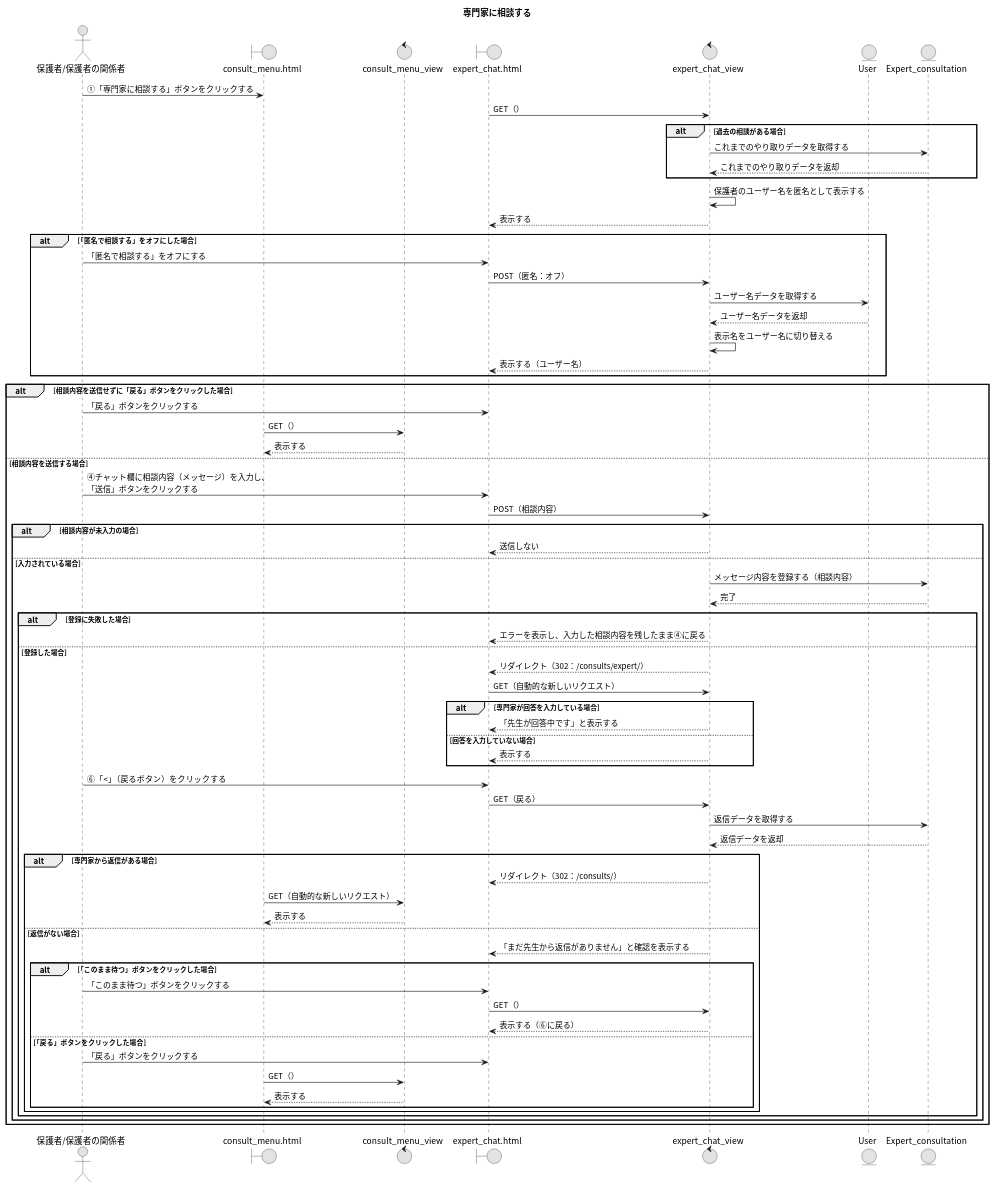
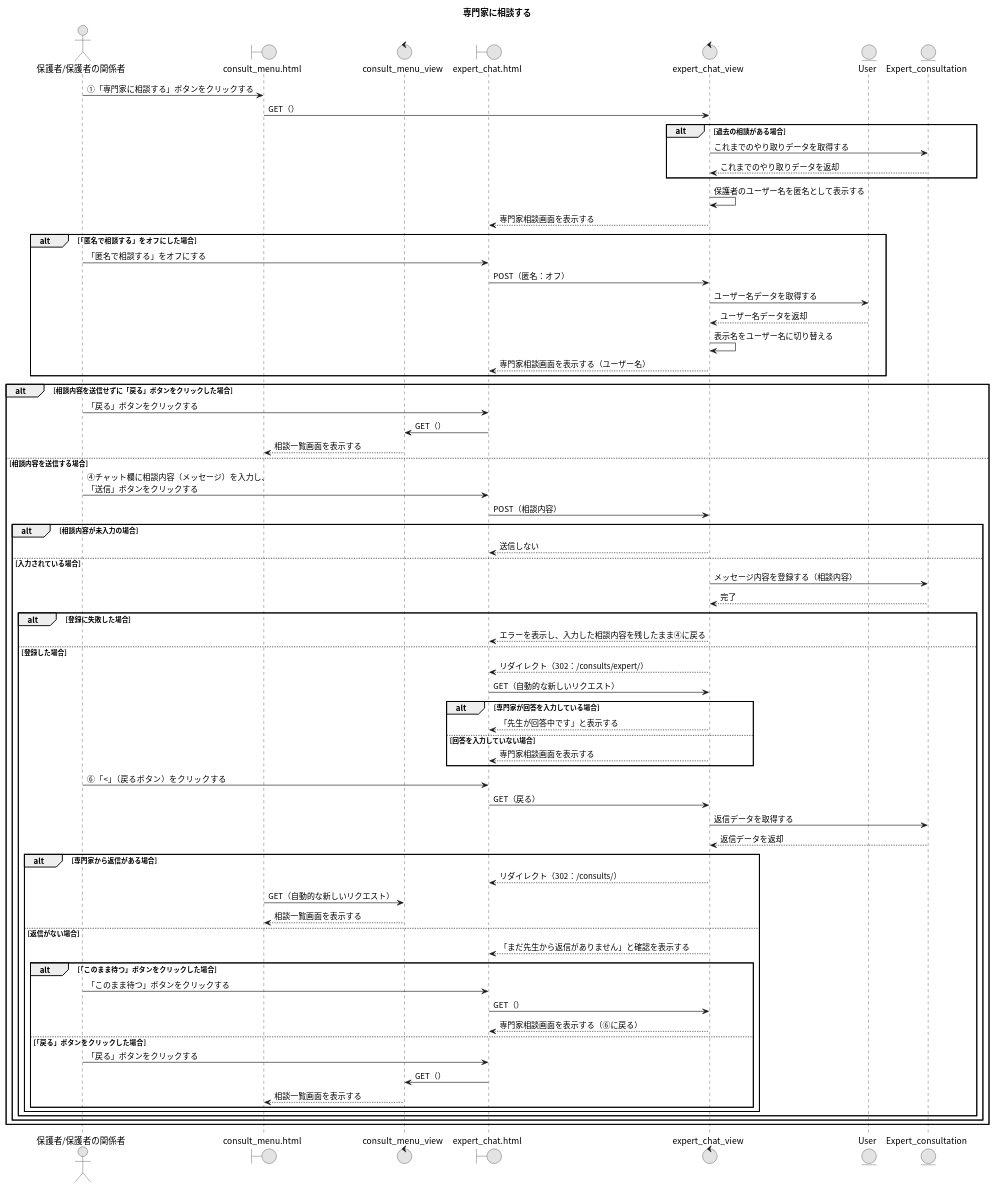
Before and after one commit to Ma2naga190330/26_sotugyou_puml: the diagram in 10_専門家に相談する.puml, drawn with PlantUML. The commit also changed 5 other files, not shown here.

```diff
--- a/10_専門家に相談する.puml
+++ b/10_専門家に相談する.puml
@@ -1,78 +1,84 @@
 @startuml
 title 専門家に相談する
 skinparam defaultFontName "Noto Sans CJK JP"
 skinparam monochrome true
 
 actor "保護者/保護者の関係者" as A
+' 相談一覧画面
 boundary "consult_menu.html" as CMP
+' 相談一覧（V）
 control "consult_menu_view" as CMV
+' 専門家相談画面
 boundary "expert_chat.html" as ECP
+' 専門家相談（V）
 control "expert_chat_view" as ECV
+' 利用者（DB）
 entity "User" as UM
+' 専門家相談（DB）
 entity "Expert_consultation" as ECSM
 
 A -> CMP : ①「専門家に相談する」ボタンをクリックする
-ECP -> ECV : GET（）
+CMP -> ECV : GET（）
 alt 過去の相談がある場合
   ECV -> ECSM : これまでのやり取りデータを取得する
   ECV <-- ECSM : これまでのやり取りデータを返却
 end
 ECV -> ECV : 保護者のユーザー名を匿名として表示する
-ECV --> ECP : 表示する
+ECV --> ECP : 専門家相談画面を表示する
 
 alt 「匿名で相談する」をオフにした場合
   A -> ECP : 「匿名で相談する」をオフにする
   ECP -> ECV : POST（匿名：オフ）
   ECV -> UM : ユーザー名データを取得する
   ECV <-- UM : ユーザー名データを返却
   ECV -> ECV : 表示名をユーザー名に切り替える
-  ECV --> ECP : 表示する（ユーザー名）
+  ECV --> ECP : 専門家相談画面を表示する（ユーザー名）
 end
 
 alt 相談内容を送信せずに「戻る」ボタンをクリックした場合
   A -> ECP : 「戻る」ボタンをクリックする
-  CMP -> CMV : GET（）
-  CMV --> CMP : 表示する
+  ECP -> CMV : GET（）
+  CMV --> CMP : 相談一覧画面を表示する
 else 相談内容を送信する場合
   A -> ECP : ④チャット欄に相談内容（メッセージ）を入力し、\n「送信」ボタンをクリックする
   ECP -> ECV : POST（相談内容）
   alt 相談内容が未入力の場合
     ECV --> ECP : 送信しない
   else 入力されている場合
     ECV -> ECSM : メッセージ内容を登録する（相談内容）
     ECV <-- ECSM : 完了
     alt 登録に失敗した場合
       ECV --> ECP : エラーを表示し、入力した相談内容を残したまま④に戻る
     else 登録した場合
       ECV --> ECP : リダイレクト（302：/consults/expert/）
       ECP -> ECV : GET（自動的な新しいリクエスト）
       alt 専門家が回答を入力している場合
         ECV --> ECP : 「先生が回答中です」と表示する
       else 回答を入力していない場合
-        ECV --> ECP : 表示する
+        ECV --> ECP : 専門家相談画面を表示する
       end
 
       A -> ECP : ⑥「<」（戻るボタン）をクリックする
       ECP -> ECV : GET（戻る）
       ECV -> ECSM : 返信データを取得する
       ECV <-- ECSM : 返信データを返却
       alt 専門家から返信がある場合
         ECV --> ECP : リダイレクト（302：/consults/）
         CMP -> CMV : GET（自動的な新しいリクエスト）
-        CMV --> CMP : 表示する
+        CMV --> CMP : 相談一覧画面を表示する
       else 返信がない場合
         ECV --> ECP : 「まだ先生から返信がありません」と確認を表示する
         alt 「このまま待つ」ボタンをクリックした場合
           A -> ECP : 「このまま待つ」ボタンをクリックする
           ECP -> ECV : GET（）
-          ECV --> ECP : 表示する（⑥に戻る）
+          ECV --> ECP : 専門家相談画面を表示する（⑥に戻る）
         else 「戻る」ボタンをクリックした場合
           A -> ECP : 「戻る」ボタンをクリックする
-          CMP -> CMV : GET（）
-          CMV --> CMP : 表示する
+          ECP -> CMV : GET（）
+          CMV --> CMP : 相談一覧画面を表示する
         end
       end
     end
   end
 end
 @enduml
```
